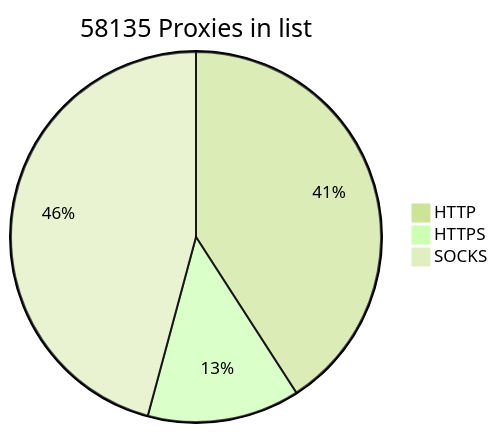
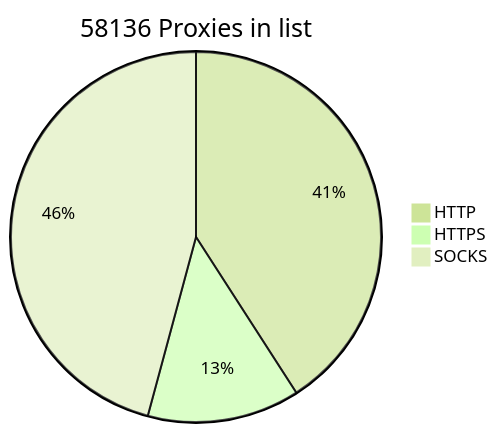
One commit to BlackSnowDot/proxylist-update-every-minute changed the diagram in README.md. Above: the diagram before and after it, drawn with Mermaid (forest theme).

````diff
--- a/README.md
+++ b/README.md
@@ -2,6 +2,6 @@
 ```mermaid
-pie title 58135 Proxies in list
-    "HTTP" : 26776
+pie title 58136 Proxies in list
+    "HTTP" : 26777
     "HTTPS": 8710
     "SOCKS" : 29998
 ```
````
